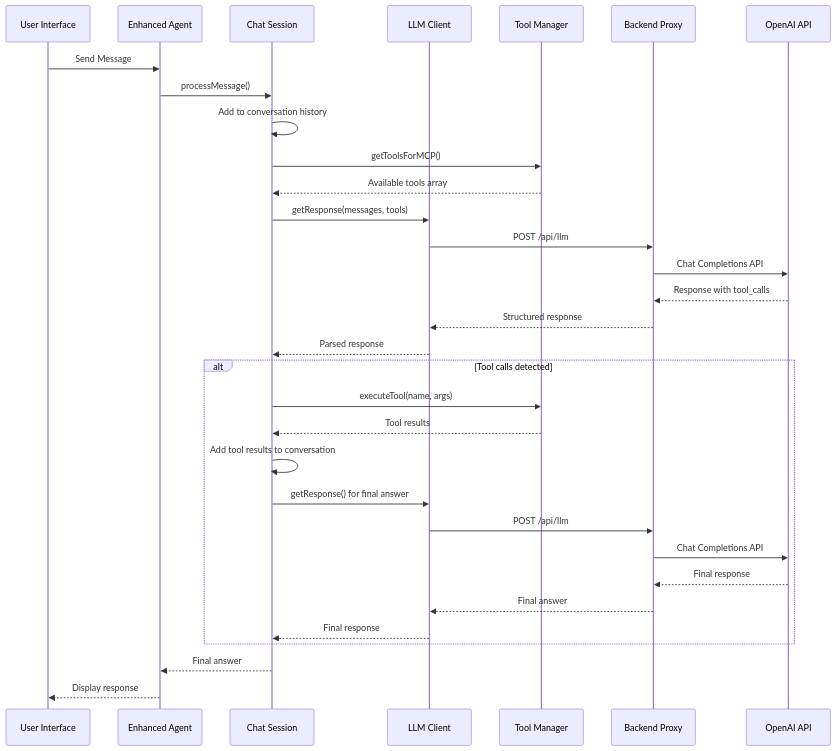
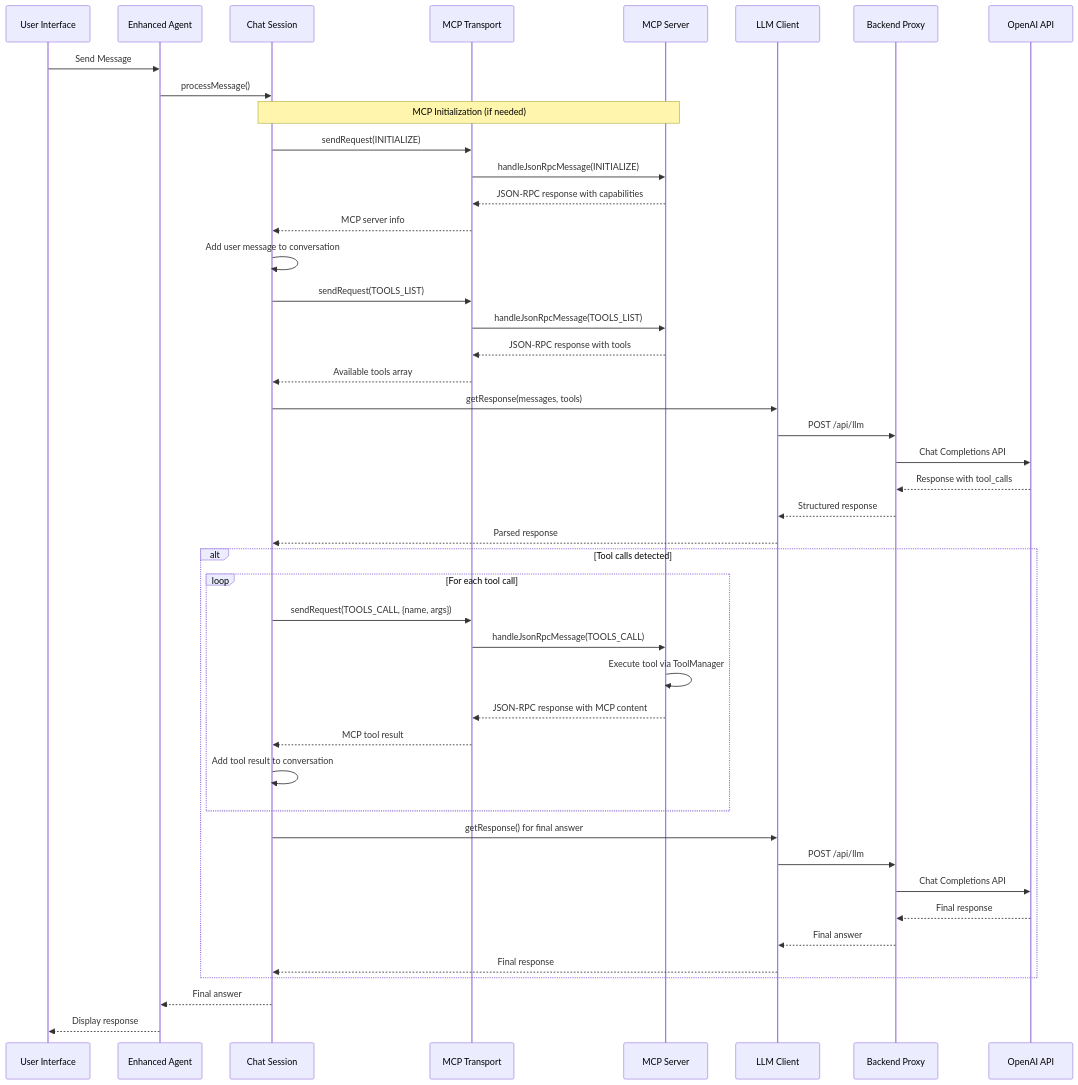
Before and after one commit to spiraltechnica/mcp-browser-agent: the diagram in README.md, drawn with Mermaid. The commit also changed other lines of this file, not shown here.

````diff
--- a/README.md
+++ b/README.md
@@ -337,37 +315,54 @@
 ```mermaid
 sequenceDiagram
     participant User as User Interface
     participant Agent as Enhanced Agent
     participant Session as Chat Session
+    participant Transport as MCP Transport
+    participant Server as MCP Server
     participant LLM as LLM Client
-    participant Tools as Tool Manager
     participant Backend as Backend Proxy
     participant OpenAI as OpenAI API
 
     User->>Agent: Send Message
     Agent->>Session: processMessage()
-    Session->>Session: Add to conversation history
-    Session->>Tools: getToolsForMCP()
-    Tools-->>Session: Available tools array
+    
+    Note over Session,Server: MCP Initialization (if needed)
+    Session->>Transport: sendRequest(INITIALIZE)
+    Transport->>Server: handleJsonRpcMessage(INITIALIZE)
+    Server-->>Transport: JSON-RPC response with capabilities
+    Transport-->>Session: MCP server info
+    
+    Session->>Session: Add user message to conversation
+    Session->>Transport: sendRequest(TOOLS_LIST)
+    Transport->>Server: handleJsonRpcMessage(TOOLS_LIST)
+    Server-->>Transport: JSON-RPC response with tools
+    Transport-->>Session: Available tools array
+    
     Session->>LLM: getResponse(messages, tools)
     LLM->>Backend: POST /api/llm
     Backend->>OpenAI: Chat Completions API
     OpenAI-->>Backend: Response with tool_calls
     Backend-->>LLM: Structured response
     LLM-->>Session: Parsed response
     
     alt Tool calls detected
-        Session->>Tools: executeTool(name, args)
-        Tools-->>Session: Tool results
-        Session->>Session: Add tool results to conversation
+        loop For each tool call
+            Session->>Transport: sendRequest(TOOLS_CALL, {name, args})
+            Transport->>Server: handleJsonRpcMessage(TOOLS_CALL)
+            Server->>Server: Execute tool via ToolManager
+            Server-->>Transport: JSON-RPC response with MCP content
+            Transport-->>Session: MCP tool result
+            Session->>Session: Add tool result to conversation
+        end
+        
         Session->>LLM: getResponse() for final answer
         LLM->>Backend: POST /api/llm
         Backend->>OpenAI: Chat Completions API
         OpenAI-->>Backend: Final response
         Backend-->>LLM: Final answer
         LLM-->>Session: Final response
     end
     
     Session-->>Agent: Final answer
     Agent-->>User: Display response
 ```
````
